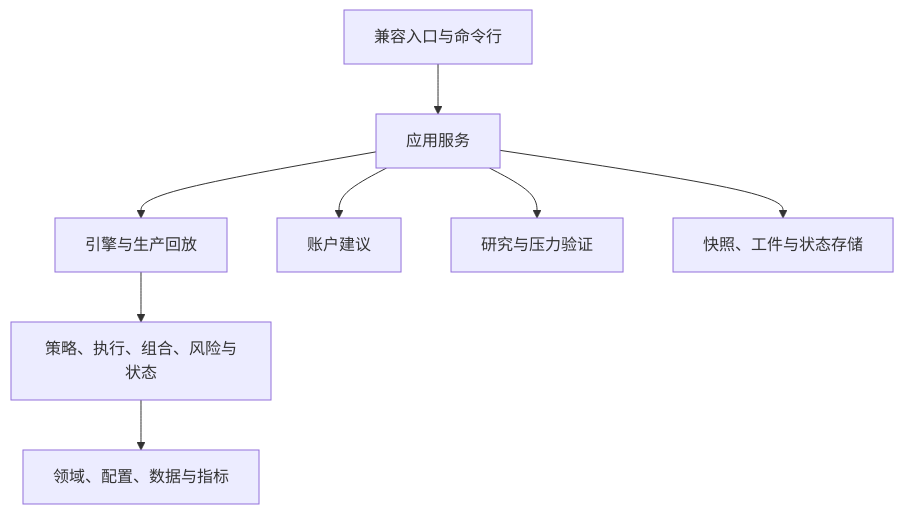
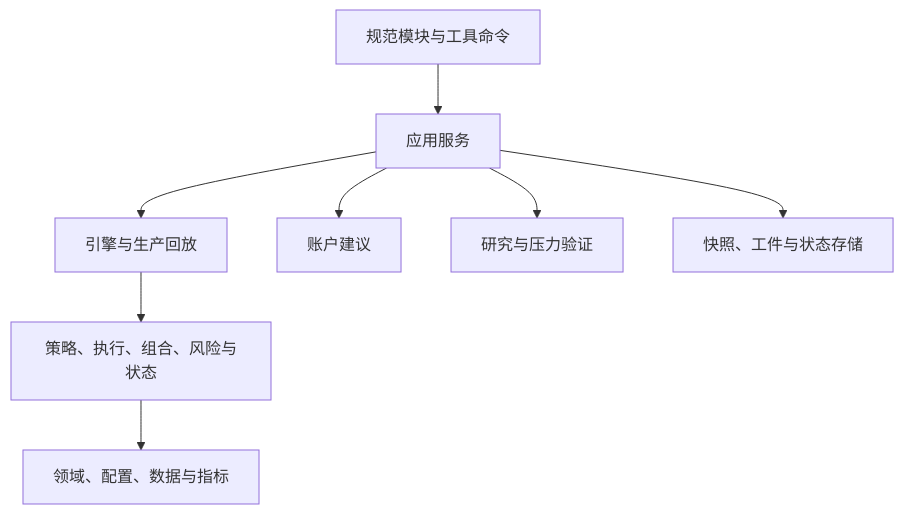
The diagram in docs/ARCHITECTURE.md (ychenracing/trade), drawn with Mermaid before and after one commit. The commit also changed other lines of this file and 76 other files, not shown here.

````diff
--- a/docs/ARCHITECTURE.md
+++ b/docs/ARCHITECTURE.md
@@ -11,10 +11,10 @@
 ```mermaid
 flowchart TD
-    CLI[兼容入口与命令行] --> APP[应用服务]
+    CLI[规范模块与工具命令] --> APP[应用服务]
     APP --> ENGINE[引擎与生产回放]
     APP --> ACCOUNT[账户建议]
     APP --> RESEARCH[研究与压力验证]
     ENGINE --> POLICY[策略、执行、组合、风险与状态]
     POLICY --> FOUNDATION[领域、配置、数据与指标]
     APP --> STORAGE[快照、工件与状态存储]
 ```
````
